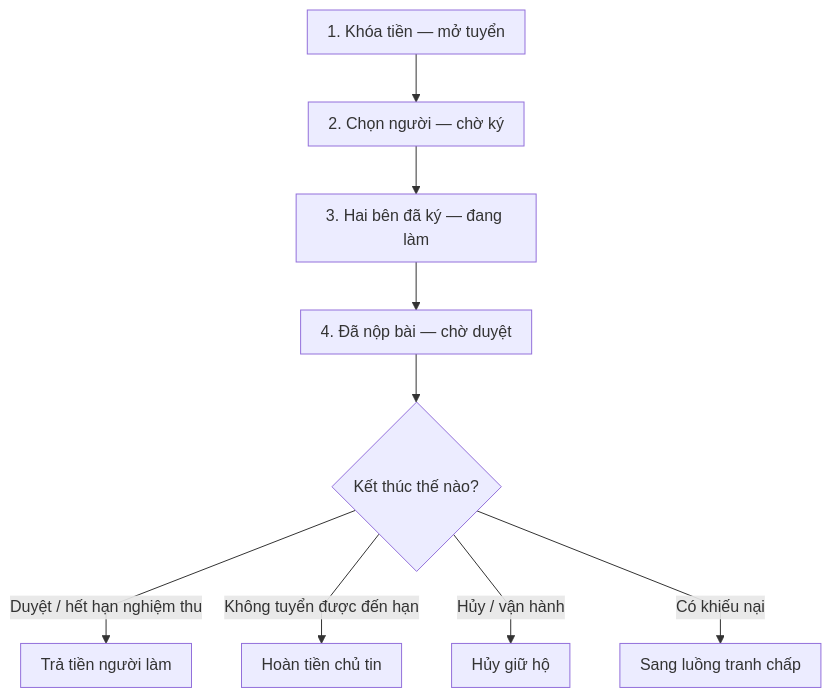
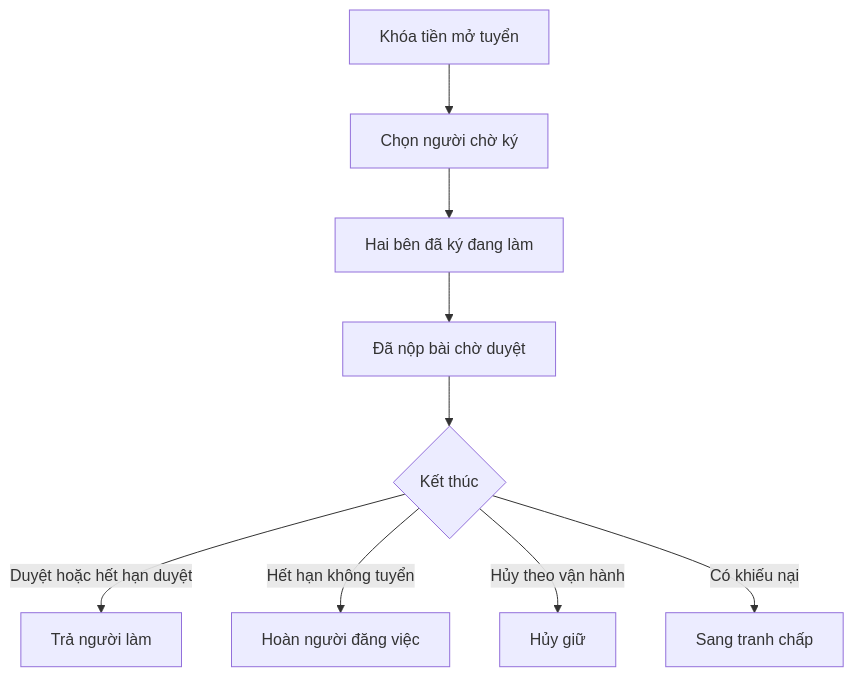
The second of 3 diagrams in blockchain.md (dmt041104111003/docs-nckh), drawn with Mermaid before and after one commit. The commit also changed other lines of this file and 8 other files, not shown here.

````diff
--- a/blockchain.md
+++ b/blockchain.md
@@ -81,12 +71,11 @@
 ```mermaid
-%%{init: {"flowchart": {"curve": "linear", "padding": 10, "rankSpacing": 48}}}%%
 flowchart TB
-  S1[1. Khóa tiền — mở tuyển] --> S2[2. Chọn người — chờ ký]
-  S2 --> S3[3. Hai bên đã ký — đang làm]
-  S3 --> S4[4. Đã nộp bài — chờ duyệt]
-  S4 --> S5{Kết thúc thế nào?}
-  S5 -->|Duyệt / hết hạn nghiệm thu| P1[Trả tiền người làm]
-  S5 -->|Không tuyển được đến hạn| P2[Hoàn tiền chủ tin]
-  S5 -->|Hủy / vận hành| P3[Hủy giữ hộ]
-  S5 -->|Có khiếu nại| DIS[Sang luồng tranh chấp]
+  S1[Khóa tiền mở tuyển] --> S2[Chọn người chờ ký]
+  S2 --> S3[Hai bên đã ký đang làm]
+  S3 --> S4[Đã nộp bài chờ duyệt]
+  S4 --> S5{Kết thúc}
+  S5 -->|Duyệt hoặc hết hạn duyệt| P1[Trả người làm]
+  S5 -->|Hết hạn không tuyển| P2[Hoàn người đăng việc]
+  S5 -->|Hủy theo vận hành| P3[Hủy giữ]
+  S5 -->|Có khiếu nại| DIS[Sang tranh chấp]
 ```
````
